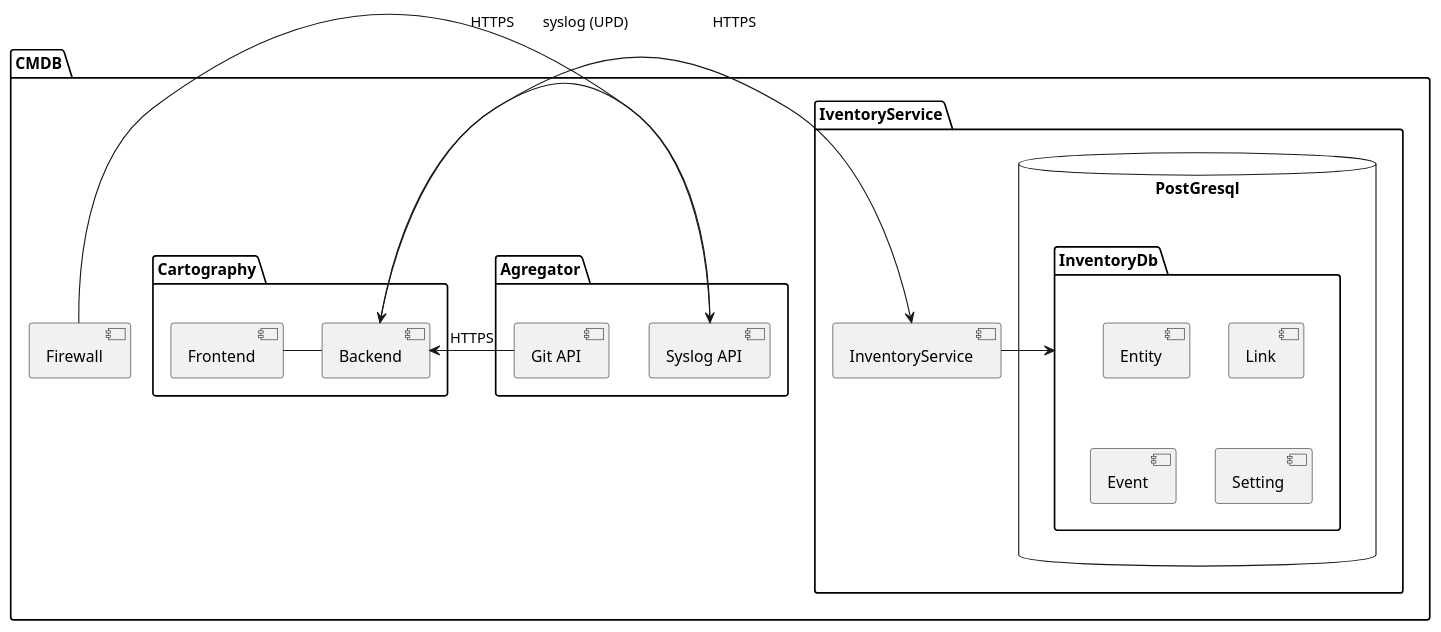
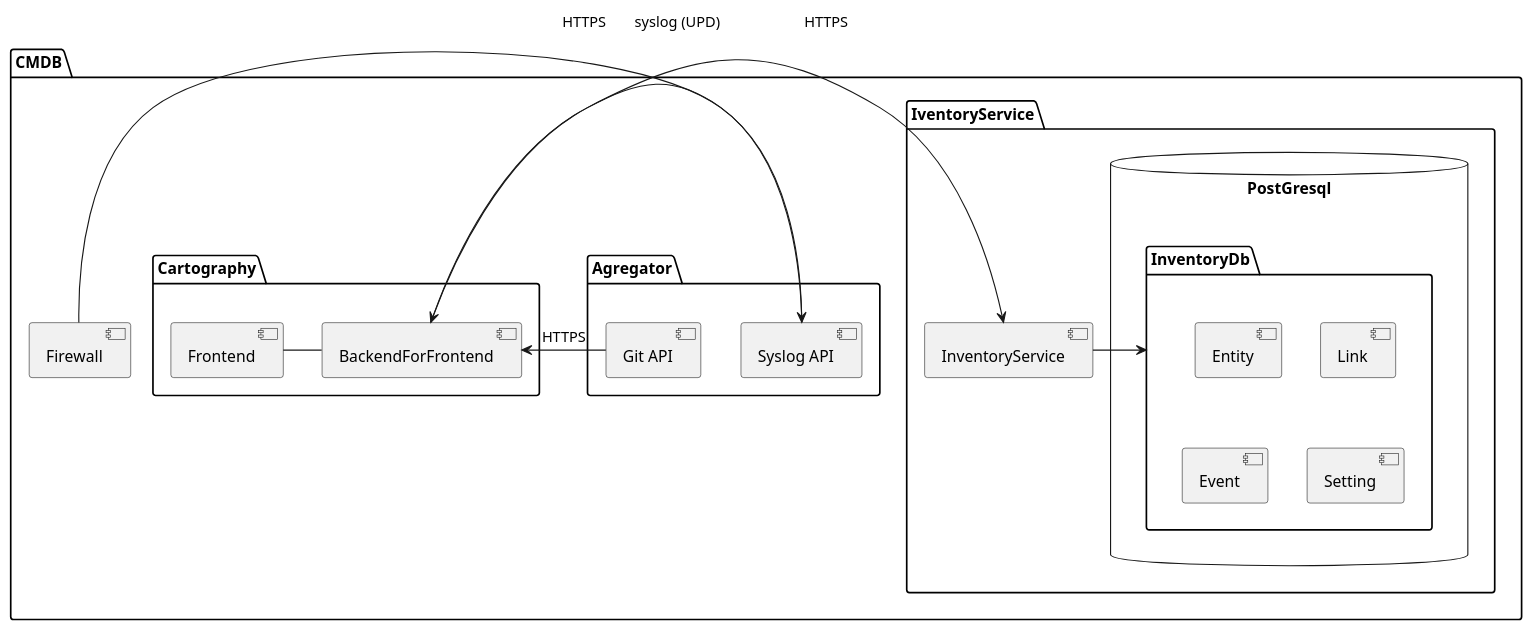
One commit to Haingue/cmdb changed the second of 2 diagrams in adr/Architecture.md. Above: the diagram before and after it, drawn with PlantUML. The commit also changed other lines of this file and 196 other files, not shown here.

````diff
--- a/adr/Architecture.md
+++ b/adr/Architecture.md
@@ -36,37 +36,37 @@
 ```plantuml
 @startuml
 
 package CMDB {
   package IventoryService {
     database "PostGresql" {
       folder "InventoryDb" as db {
         [Entity]
         [Link]
         [Event]
         [Setting]
       }
     }
 
     [InventoryService] as inventoryservice
     inventoryservice -> db
   }
 
   package Agregator {
     [Syslog API] as syslog
     [Git API] as git
   }
   [Firewall] as networkdevice
   networkdevice -> syslog : syslog (UPD)
 
   package Cartography {
-    [Backend] as cartographybackend
+    [BackendForFrontend] as cartographybff
     [Frontend] as cartographyfrontend
-    cartographyfrontend - cartographybackend
+    cartographyfrontend - cartographybff
   }
-  cartographybackend -> inventoryservice : HTTPS
-  syslog -> cartographybackend : HTTPS
-  git -> cartographybackend : HTTPS
+  cartographybff -> inventoryservice : HTTPS
+  syslog -> cartographybff : HTTPS
+  git -> cartographybff : HTTPS
 }
 
 @enduml
 ```
````
